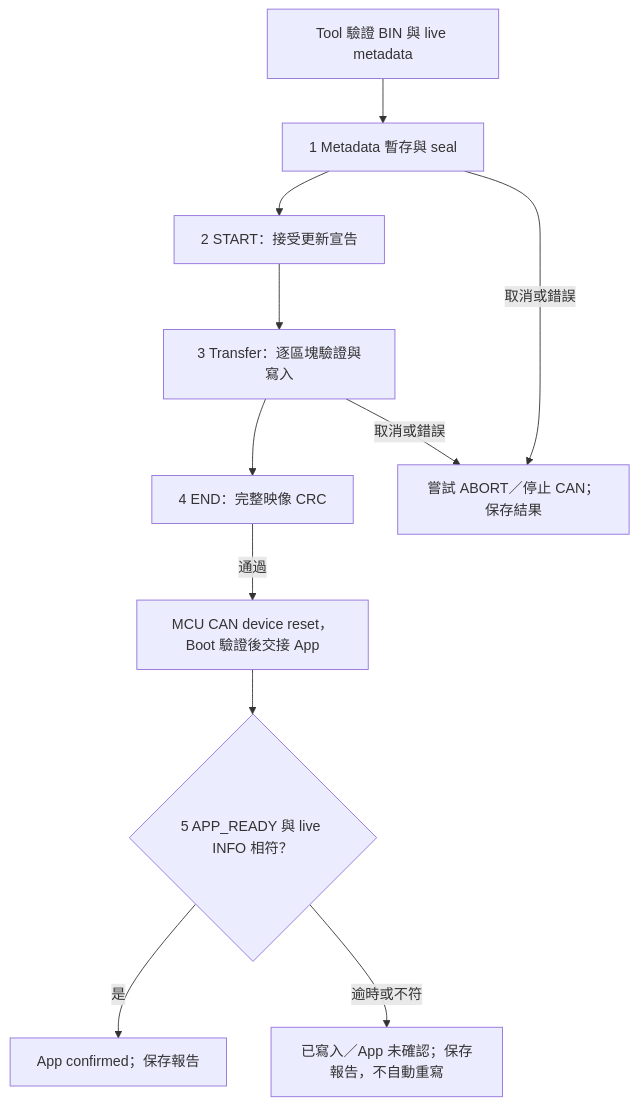
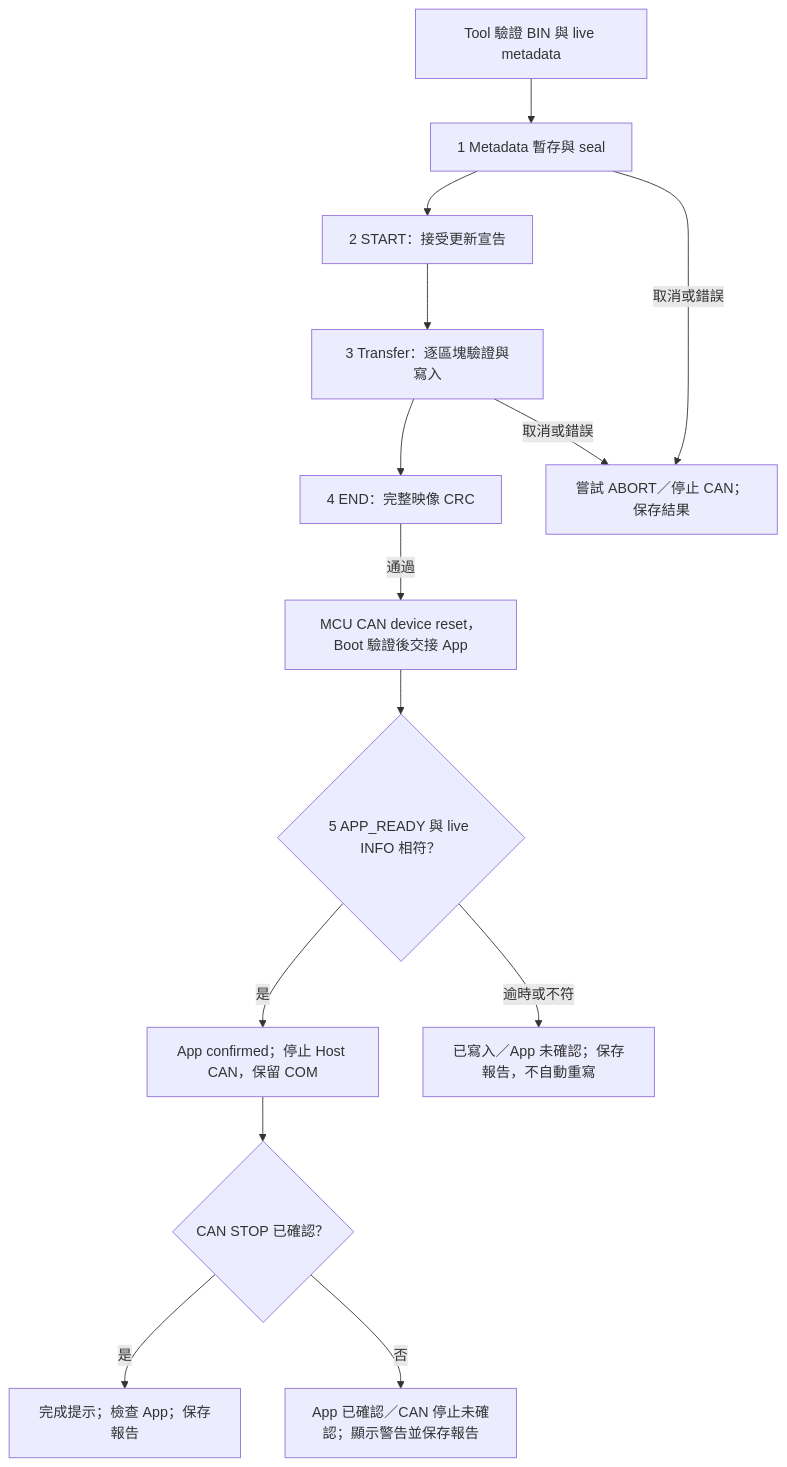
Before and after one commit to released/slide_isp_tool_for_RL78: diagram 15 of 15 in index.md, drawn with Mermaid. The commit also changed other lines of this file and 1 other file, not shown here.

````diff
--- a/index.md
+++ b/index.md
@@ -853,13 +862,16 @@
 ```mermaid
 flowchart TD
     A["Tool 驗證 BIN 與 live metadata"] --> M["1 Metadata 暫存與 seal"]
     M --> S["2 START：接受更新宣告"]
     S --> B["3 Transfer：逐區塊驗證與寫入"]
     B --> E["4 END：完整映像 CRC"]
     E -->|通過| R["MCU CAN device reset，Boot 驗證後交接 App"]
     R --> H{"5 APP_READY 與 live INFO 相符？"}
-    H -->|是| OK["App confirmed；保存報告"]
+    H -->|是| SC["App confirmed；停止 Host CAN，保留 COM"]
+    SC --> CS{"CAN STOP 已確認？"}
+    CS -->|是| OK["完成提示；檢查 App；保存報告"]
+    CS -->|否| CW["App 已確認／CAN 停止未確認；顯示警告並保存報告"]
     H -->|逾時或不符| NO["已寫入／App 未確認；保存報告，不自動重寫"]
     M -->|取消或錯誤| C["嘗試 ABORT／停止 CAN；保存結果"]
     B -->|取消或錯誤| C
 ```
````
